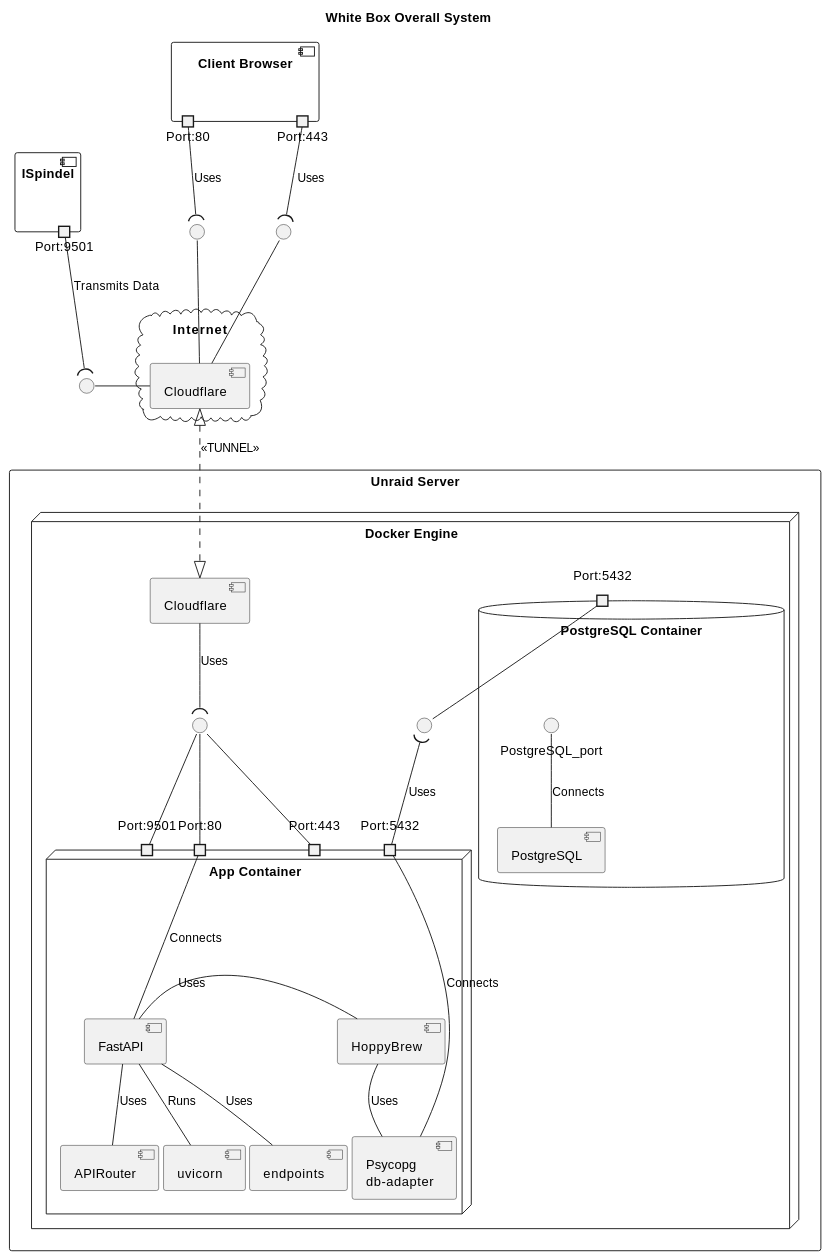
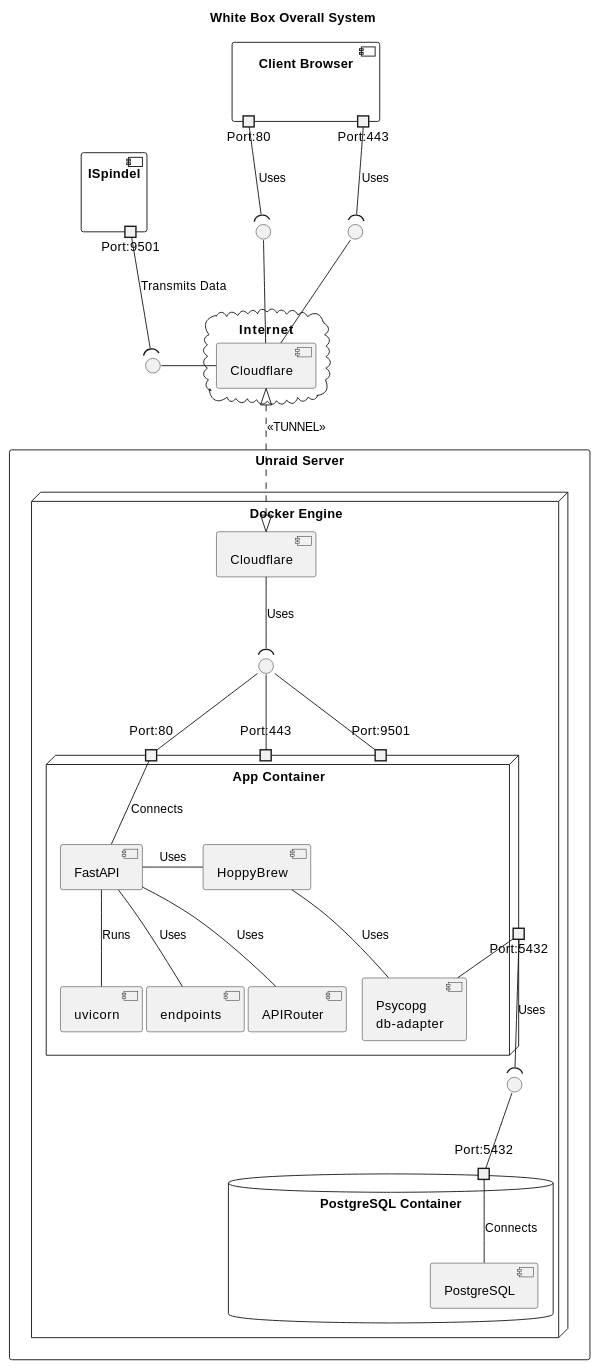
The fourth of 5 diagrams in documents/01-Conception-Phase/00-HoppyBrew.md (asbor/iu-project-software-engineering), drawn with PlantUML before and after one commit. The commit also changed 3 other files, not shown here.

```diff
--- a/documents/01-Conception-Phase/00-HoppyBrew.md
+++ b/documents/01-Conception-Phase/00-HoppyBrew.md
@@ -455,10 +455,10 @@
             component "endpoints" as endpoints
             component "APIRouter" as APIRouter
 
-            port "Port:80" as port80
-            port "Port:443" as port443
-            port "Port:9501" as port9501
-            port "Port:5432" as port5432
+            portin "Port:80" as port80
+            portin "Port:443" as port443
+            portin "Port:9501" as port9501
+            portout "Port:5432" as port5432
             
 
             api - HoppyBrew : Uses
@@ -469,7 +469,7 @@
 
             
             port80 -down- api : Connects
-            db_adapter -- port5432 : Connects
+            db_adapter -down- port5432 : Connects
         }
 
         interface " " as I04
@@ -480,13 +480,13 @@
 
         database "PostgreSQL Container" {
             component "PostgreSQL" as PostgreSQL
-            port "Port:5432" as PostgreSQL_port5432
-            PostgreSQL -up- PostgreSQL_port : Connects
+            portin "Port:5432" as PostgreSQL_port5432
+            PostgreSQL_port5432 - PostgreSQL : Connects
         }
 
         interface " " as I05
-        port5432 -up-( I05 : Uses
-        I05 -up- PostgreSQL_port5432
+        port5432 -down-( I05 : Uses
+        I05 -down- PostgreSQL_port5432
     }
 }
 @enduml
```
